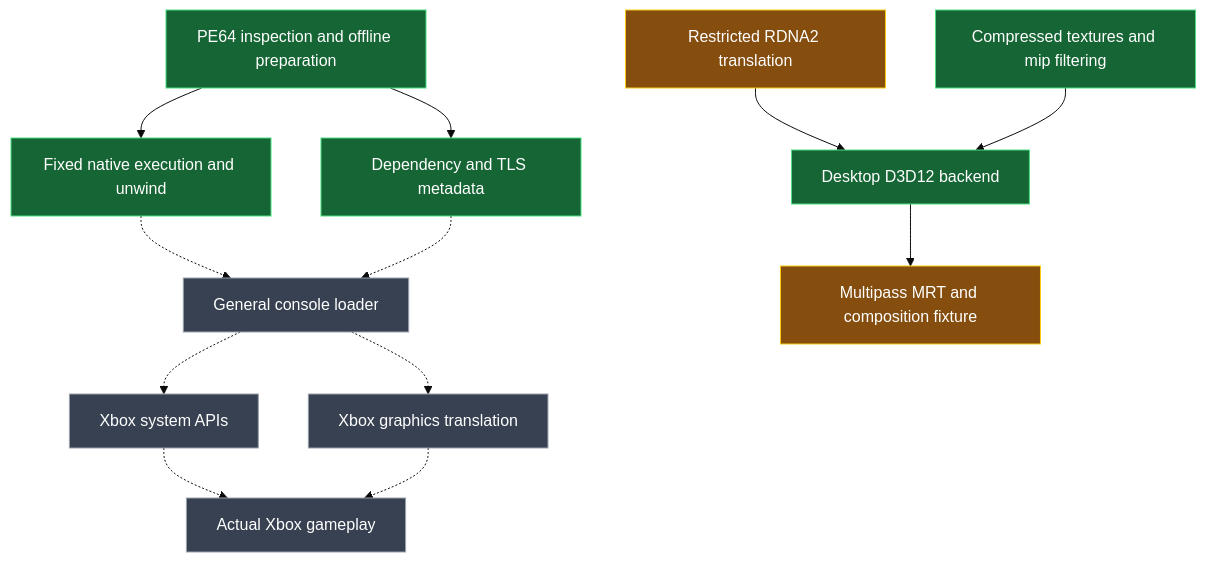
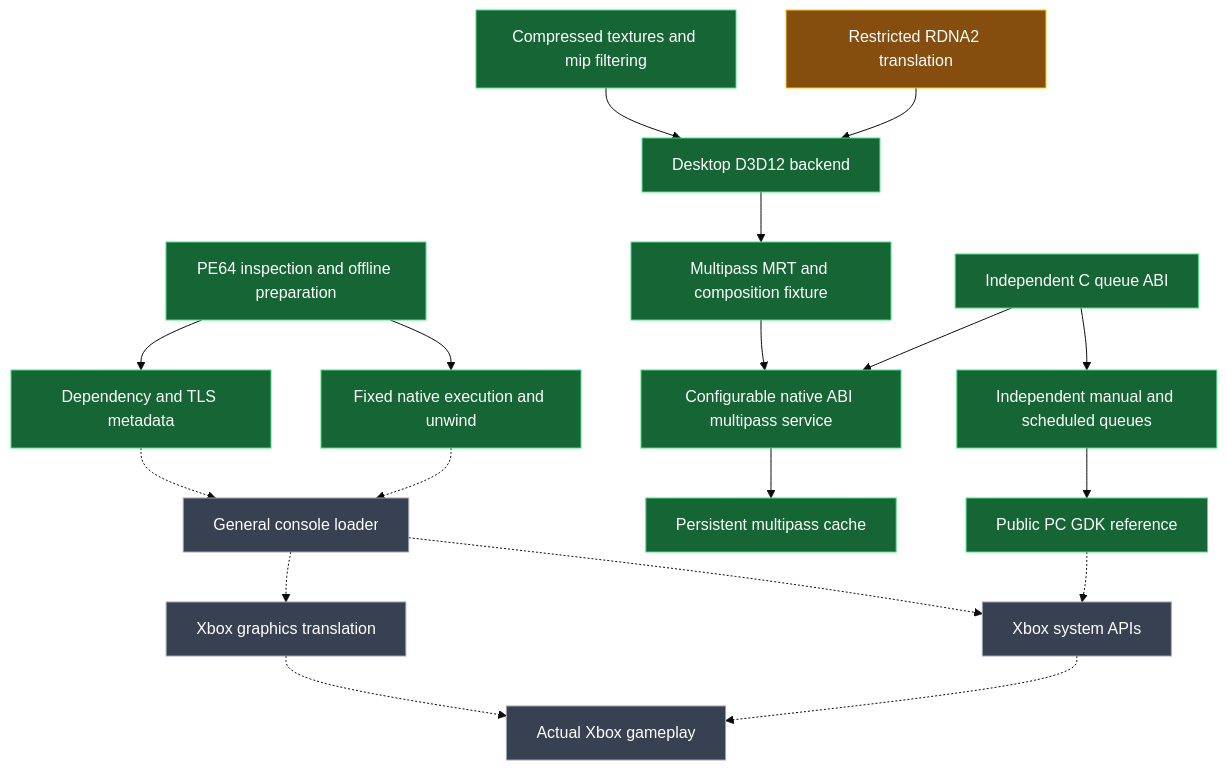
Before and after one commit to RickyDivjakovski/Revenge: the first of 2 diagrams in README.md, drawn with Mermaid (base theme). The commit also changed other lines of this file and 41 other files, not shown here.

````diff
--- a/README.md
+++ b/README.md
@@ -39,18 +39,24 @@
 ```mermaid
 flowchart TD
     A[PE64 inspection and offline preparation]:::tested --> B[Fixed native execution and unwind]:::tested
     A --> C[Dependency and TLS metadata]:::tested
     B -.-> D[General console loader]:::planned
     C -.-> D
     E[Restricted RDNA2 translation]:::partial --> F[Desktop D3D12 backend]:::tested
     G[Compressed textures and mip filtering]:::tested --> F
-    F --> H[Multipass MRT and composition fixture]:::pending
+    F --> H[Multipass MRT and composition fixture]:::tested
+    H --> L[Configurable native ABI multipass service]:::tested
+    L --> U[Persistent multipass cache]:::tested
+    Q[Public PC GDK reference]:::tested -.-> I
+    R[Independent manual and scheduled queues]:::tested --> Q
+    S[Independent C queue ABI]:::tested --> R
+    S --> L
     D -.-> I[Xbox system APIs]:::planned
     D -.-> J[Xbox graphics translation]:::planned
     I -.-> K[Actual Xbox gameplay]:::planned
     J -.-> K
     classDef tested fill:#166534,stroke:#4ade80,color:#fff
     classDef pending fill:#854d0e,stroke:#facc15,color:#fff
     classDef partial fill:#854d0e,stroke:#facc15,color:#fff
     classDef planned fill:#374151,stroke:#9ca3af,color:#fff
 ```
````
